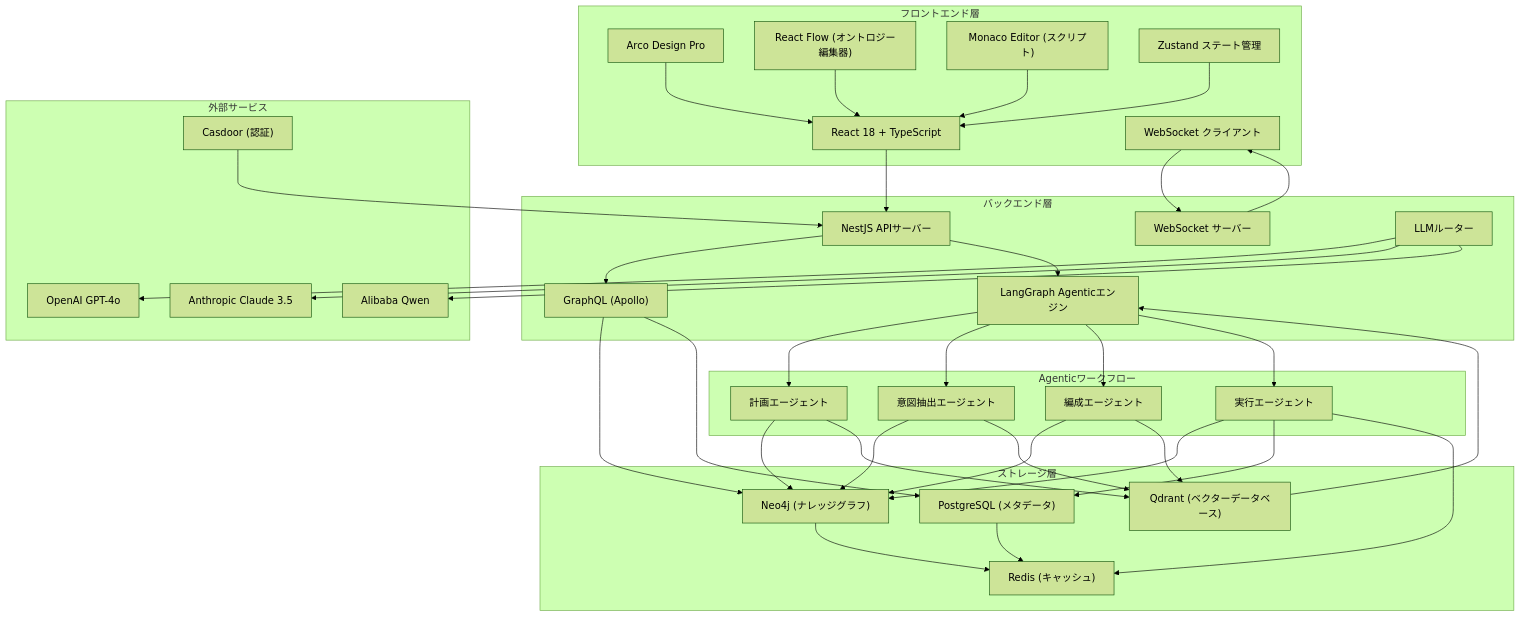
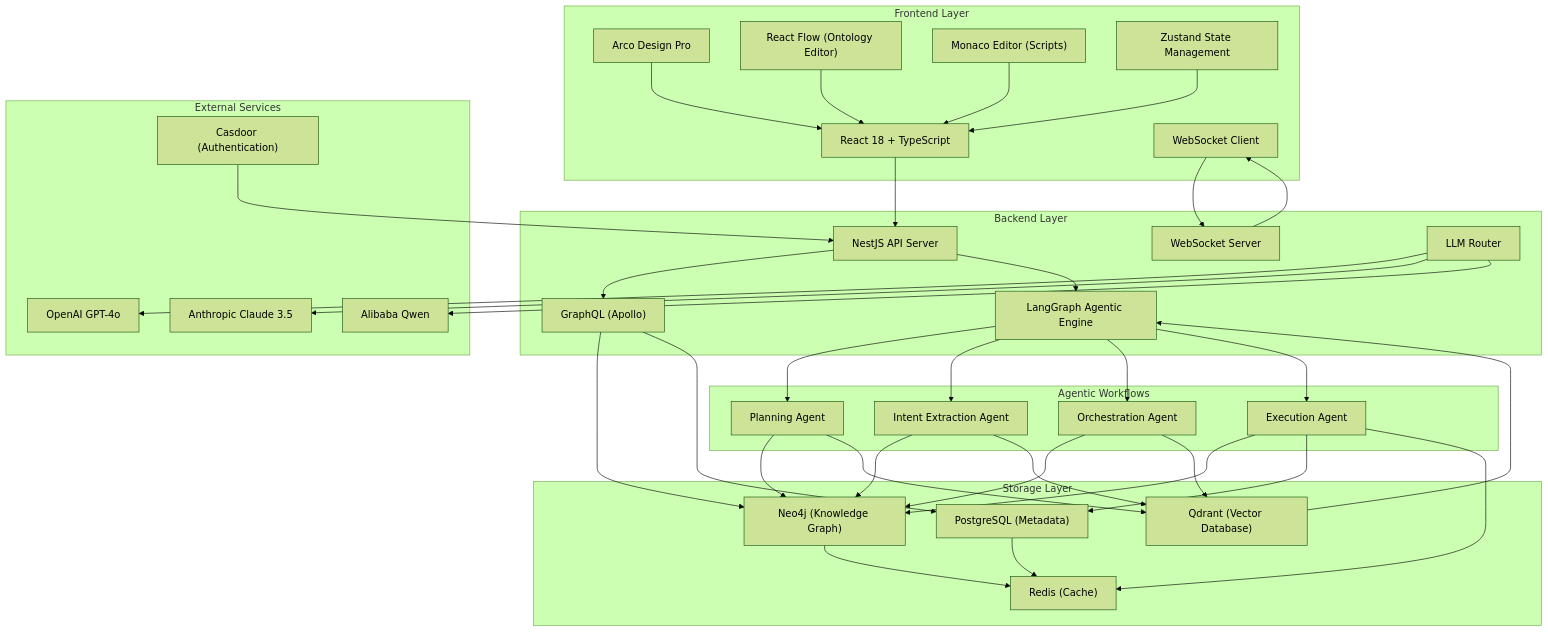
The diagram in README.md (caowei8810/zcop), drawn with Mermaid (forest theme) before and after one commit. The commit also changed other lines of this file, not shown here.

````diff
--- a/README.md
+++ b/README.md
@@ -132,75 +132,75 @@
 ```mermaid
 graph TB
-    subgraph "フロントエンド層"
+    subgraph "Frontend Layer"
         A["React 18 + TypeScript"]
         B["Arco Design Pro"]
-        C["React Flow (オントロジー編集器)"]
-        D["Monaco Editor (スクリプト)"]
-        E["Zustand ステート管理"]
-        F["WebSocket クライアント"]
+        C["React Flow (Ontology Editor)"]
+        D["Monaco Editor (Scripts)"]
+        E["Zustand State Management"]
+        F["WebSocket Client"]
     end
 
-    subgraph "バックエンド層"
-        G["NestJS APIサーバー"]
+    subgraph "Backend Layer"
+        G["NestJS API Server"]
         H["GraphQL (Apollo)"]
-        I["WebSocket サーバー"]
-        J["LangGraph Agenticエンジン"]
-        K["LLMルーター"]
+        I["WebSocket Server"]
+        J["LangGraph Agentic Engine"]
+        K["LLM Router"]
     end
 
-    subgraph "ストレージ層"
-        L["Neo4j (ナレッジグラフ)"]
-        M["PostgreSQL (メタデータ)"]
-        N["Redis (キャッシュ)"]
-        O["Qdrant (ベクターデータベース)"]
+    subgraph "Storage Layer"
+        L["Neo4j (Knowledge Graph)"]
+        M["PostgreSQL (Metadata)"]
+        N["Redis (Cache)"]
+        O["Qdrant (Vector Database)"]
     end
 
-    subgraph "外部サービス"
+    subgraph "External Services"
         P["OpenAI GPT-4o"]
         Q["Anthropic Claude 3.5"]
         R["Alibaba Qwen"]
-        S["Casdoor (認証)"]
+        S["Casdoor (Authentication)"]
     end
 
-    subgraph "Agenticワークフロー"
-        T["計画エージェント"]
-        U["意図抽出エージェント"]
-        V["編成エージェント"]
-        W["実行エージェント"]
+    subgraph "Agentic Workflows"
+        T["Planning Agent"]
+        U["Intent Extraction Agent"]
+        V["Orchestration Agent"]
+        W["Execution Agent"]
     end
 
     A --> G
     B --> A
     C --> A
     D --> A
     E --> A
     F --> I
     
     G --> H
     G --> J
     H --> L
     H --> M
     I --> F
     J --> T
     J --> U
     J --> V
     J --> W
     K --> P
     K --> Q
     K --> R
     
     T --> L
     T --> O
     U --> L
     U --> O
     V --> L
     V --> O
     W --> L
     W --> M
     W --> N
 
     S --> G
     L --> N
     M --> N
     O --> J
 ```
````
